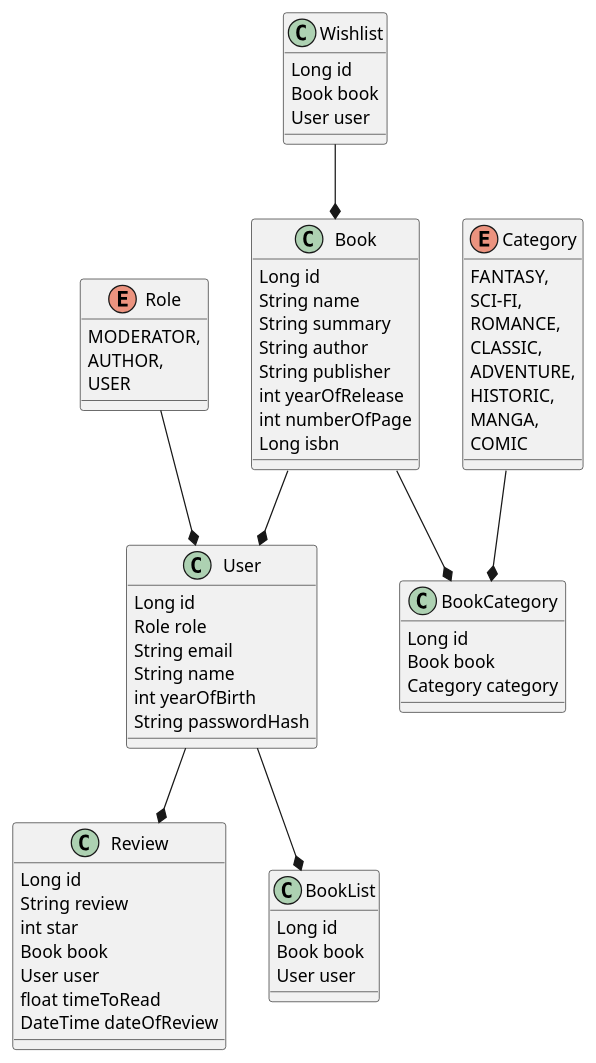
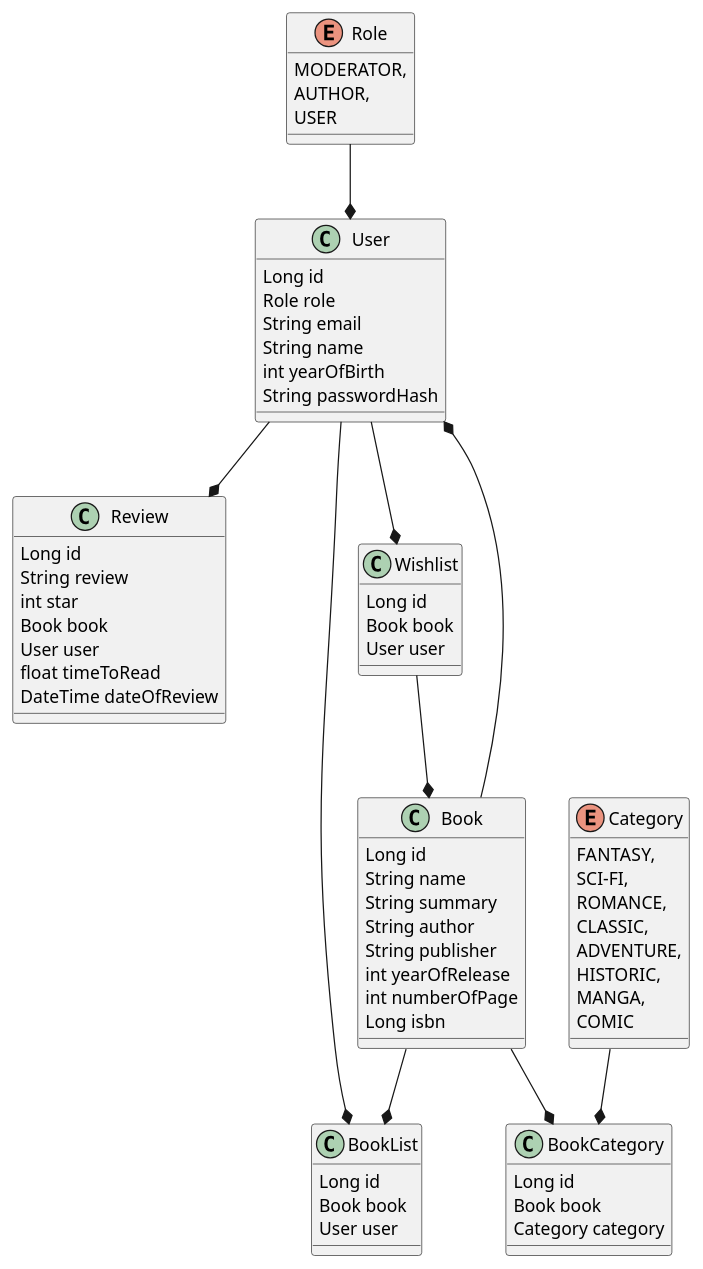
One commit to MiguelFerreira18/Readiness changed the diagram in uml/db.plantuml. Above: the diagram before and after it, drawn with PlantUML. The commit also changed other lines of this file, not shown here.

Commit message:
doc: change plantuml diagram

```diff
--- a/uml/db.plantuml
+++ b/uml/db.plantuml
@@ -1,73 +7,75 @@
 @startuml
 
 enum Role{
 MODERATOR,
 AUTHOR,
 USER
 }
 enum Category{
   FANTASY,
   SCI-FI,
   ROMANCE,
   CLASSIC,
   ADVENTURE,
   HISTORIC,
   MANGA,
   COMIC
   }
 class User{
   Long id
   Role role
   String email
   String name
   int yearOfBirth
   String passwordHash
 }
 class Review{
   Long id
   String review
   int star
   Book book
   User user
   float timeToRead
   DateTime dateOfReview
 }
 class Book{
   Long id
   String name
   String summary
   String author
   String publisher
   int yearOfRelease
   int numberOfPage
   Long isbn
 }
 class BookCategory{
   Long id
   Book book
   Category category
 }
 class BookList{
   Long id
   Book book
   User user
 }
 class Wishlist{
   Long id
   Book book
   User user
 }
 
 
 
 Role --* User
 User --* Review
 Book --* BookCategory
 Category --* BookCategory
 Wishlist --* Book
+User --* Wishlist
 User --* BookList
 Book --* User
+Book --*BookList
 
 
 
 @enduml
```
